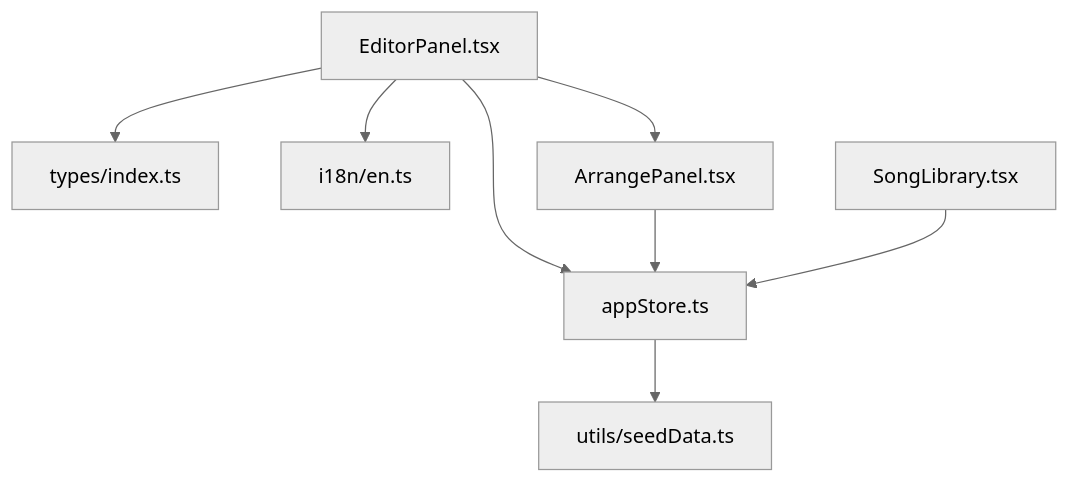
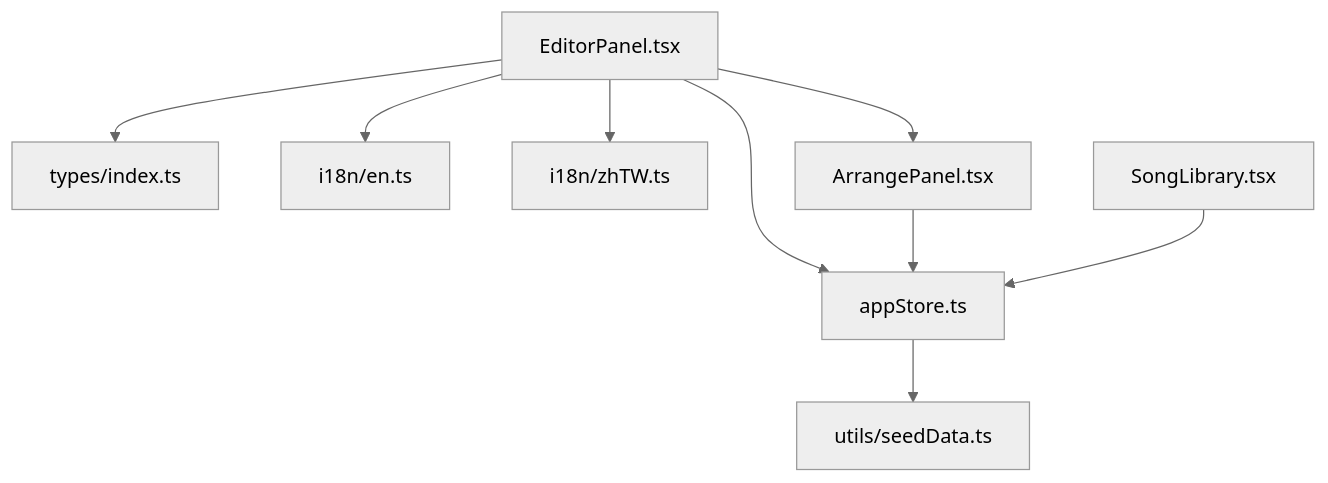
One commit to jimmywyk/lyricdeck changed the eighth of 9 diagrams in .qoder/repowiki/en/content/User Interface Components/Editor Panel Component.md. Above: the diagram before and after it, drawn with Mermaid (neutral theme). The commit also changed other lines of this file and 11 other files, not shown here.

````diff
--- a/.qoder/repowiki/en/content/User Interface Components/Editor Panel Component.md
+++ b/.qoder/repowiki/en/content/User Interface Components/Editor Panel Component.md
@@ -427,10 +458,11 @@
 ```mermaid
 graph TB
 Editor["EditorPanel.tsx"] --> Store["appStore.ts"]
 Editor --> Types["types/index.ts"]
 Editor --> I18N["i18n/en.ts"]
+Editor --> I18N_ZH["i18n/zhTW.ts"]
 Editor --> Arrange["ArrangePanel.tsx"]
 Arrange --> Store
 Library["SongLibrary.tsx"] --> Store
 Store --> Seed["utils/seedData.ts"]
 ```
````
